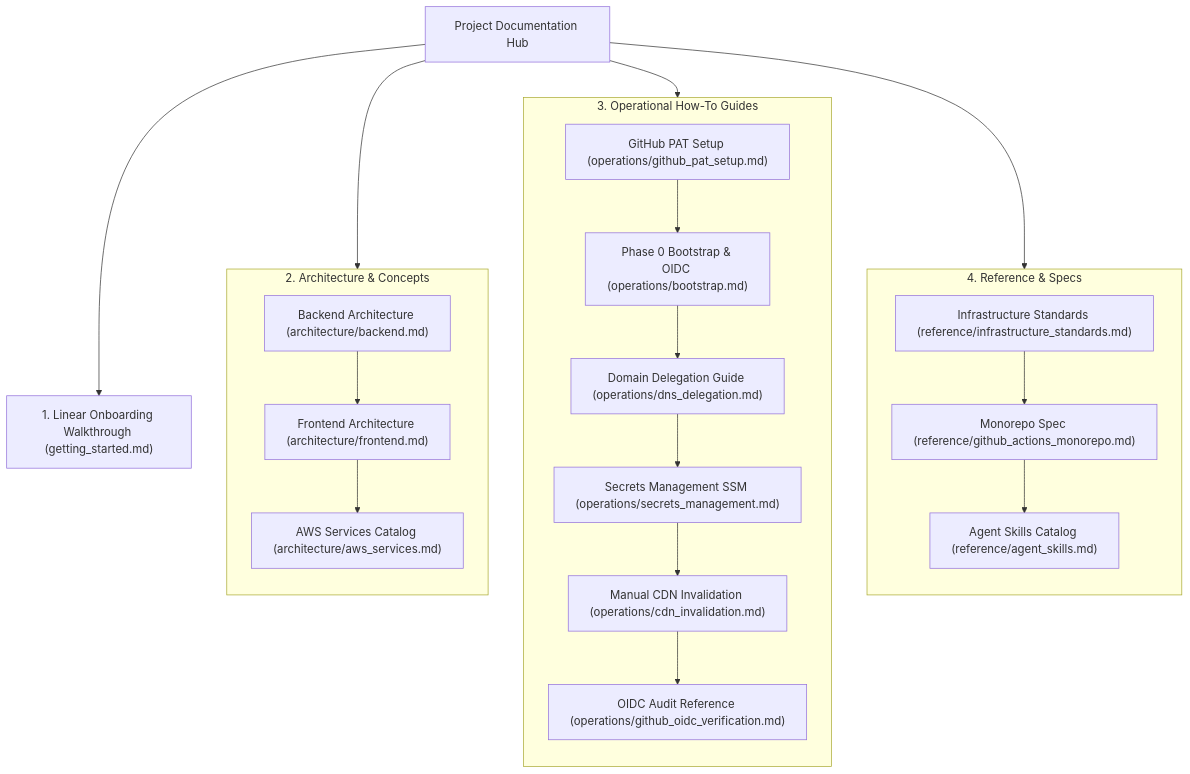
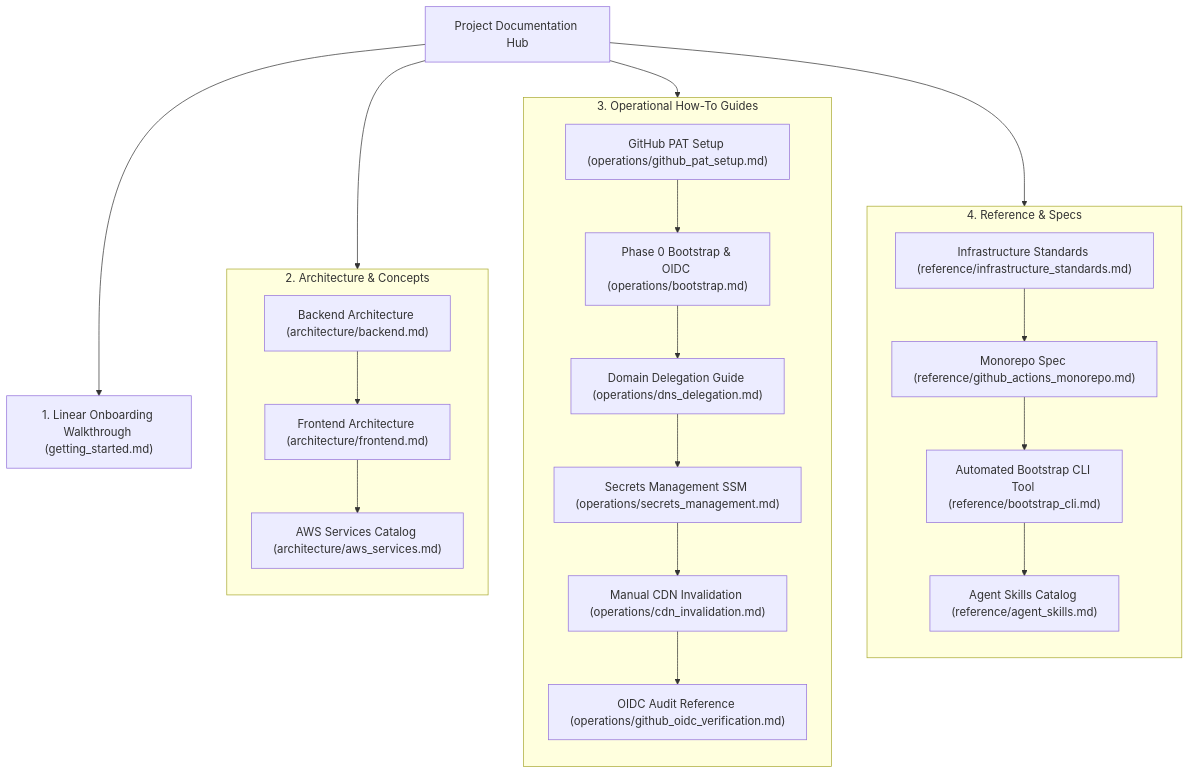
One commit to Beep1608/cleanmybelly changed the diagram in docs/README.md. Above: the diagram before and after it, drawn with Mermaid. The commit also changed other lines of this file and 7 other files, not shown here.

````diff
--- a/docs/README.md
+++ b/docs/README.md
@@ -17,34 +20,35 @@
 ```mermaid
 graph TD
     Start[Project Documentation Hub] --> GS["1. Linear Onboarding Walkthrough (getting_started.md)"]
     Start --> Arch
     Start --> Ops
     Start --> Ref
 
     subgraph Arch [2. Architecture & Concepts]
         direction TB
         Arch_Back["Backend Architecture (architecture/backend.md)"]
         Arch_Front["Frontend Architecture (architecture/frontend.md)"]
         Arch_AWS["AWS Services Catalog (architecture/aws_services.md)"]
         Arch_Back --> Arch_Front --> Arch_AWS
     end
 
     subgraph Ops [3. Operational How-To Guides]
         direction TB
         Ops_PAT["GitHub PAT Setup (operations/github_pat_setup.md)"]
         Ops_Boot["Phase 0 Bootstrap & OIDC (operations/bootstrap.md)"]
         Ops_DNS["Domain Delegation Guide (operations/dns_delegation.md)"]
         Ops_Sec["Secrets Management SSM (operations/secrets_management.md)"]
         Ops_CDN["Manual CDN Invalidation (operations/cdn_invalidation.md)"]
         Ops_OIDC["OIDC Audit Reference (operations/github_oidc_verification.md)"]
         Ops_PAT --> Ops_Boot --> Ops_DNS --> Ops_Sec --> Ops_CDN --> Ops_OIDC
     end
 
     subgraph Ref [4. Reference & Specs]
         direction TB
         Ref_Plan["Infrastructure Standards (reference/infrastructure_standards.md)"]
         Ref_Pipe["Monorepo Spec (reference/github_actions_monorepo.md)"]
+        Ref_CLI["Automated Bootstrap CLI Tool (reference/bootstrap_cli.md)"]
         Ref_Skills["Agent Skills Catalog (reference/agent_skills.md)"]
-        Ref_Plan --> Ref_Pipe --> Ref_Skills
+        Ref_Plan --> Ref_Pipe --> Ref_CLI --> Ref_Skills
     end
 ```
````
